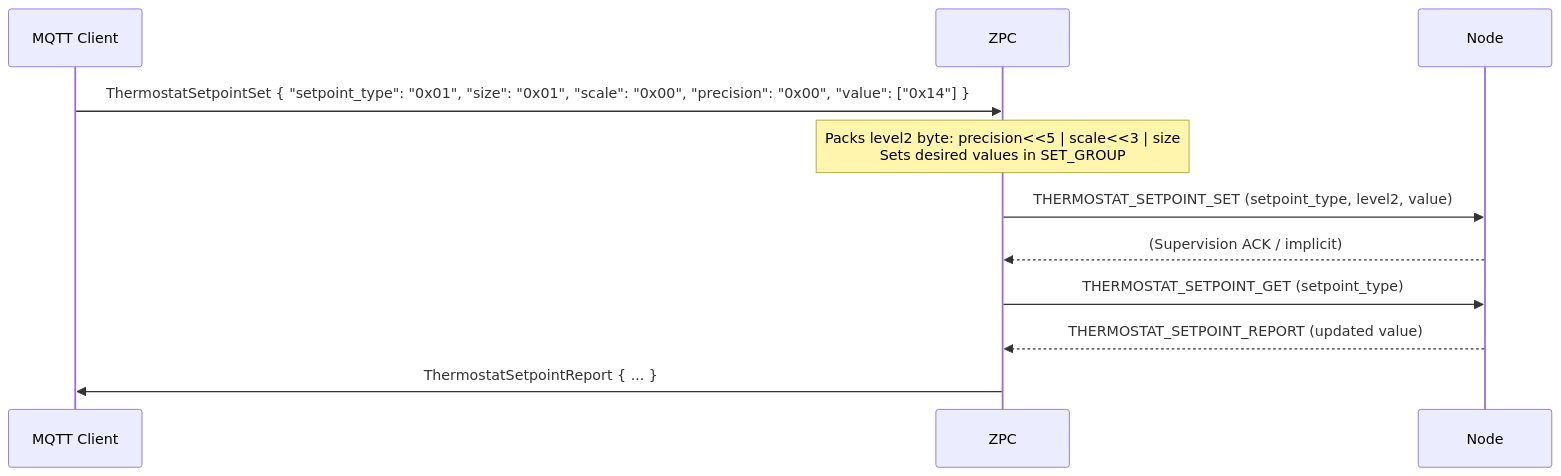
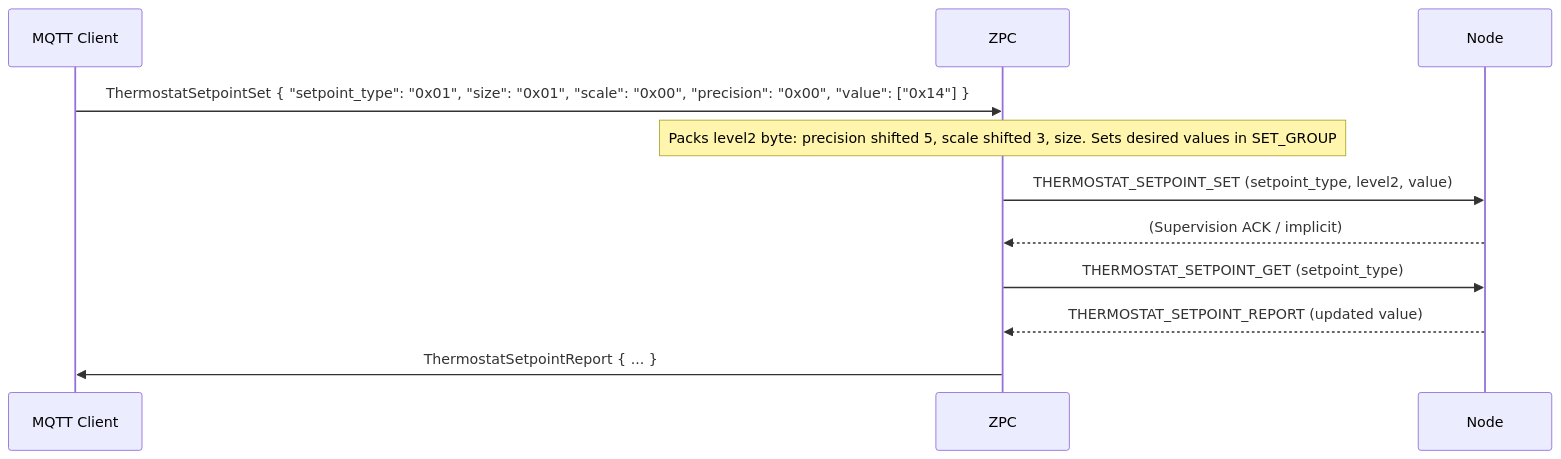
One commit to SiliconLabsSoftware/z-wave-protocol-controller changed the third of 4 diagrams in components/command_classes/command_class_thermostat_setpoint/doc/sequence_diagrams.md. Above: the diagram before and after it, drawn with Mermaid. The commit also changed other lines of this file and 14 other files, not shown here.

First line of the commit message:
#100: Fix invalid mermaid diagrams and add CI checks (#104)

````diff
--- a/components/command_classes/command_class_thermostat_setpoint/doc/sequence_diagrams.md
+++ b/components/command_classes/command_class_thermostat_setpoint/doc/sequence_diagrams.md
@@ -37,14 +37,14 @@
 ```mermaid
 sequenceDiagram
     participant MQTT Client
     participant ZPC
     participant Node
 
     MQTT Client->>ZPC: ThermostatSetpointSet { "setpoint_type": "0x01", "size": "0x01", "scale": "0x00", "precision": "0x00", "value": ["0x14"] }
-    Note over ZPC: Packs level2 byte: precision<<5 | scale<<3 | size<br/>Sets desired values in SET_GROUP
+    Note over ZPC: Packs level2 byte: precision shifted 5, scale shifted 3, size. Sets desired values in SET_GROUP
     ZPC->>Node: THERMOSTAT_SETPOINT_SET (setpoint_type, level2, value)
     Node-->>ZPC: (Supervision ACK / implicit)
     ZPC->>Node: THERMOSTAT_SETPOINT_GET (setpoint_type)
     Node-->>ZPC: THERMOSTAT_SETPOINT_REPORT (updated value)
     ZPC->>MQTT Client: ThermostatSetpointReport { ... }
 ```
````
